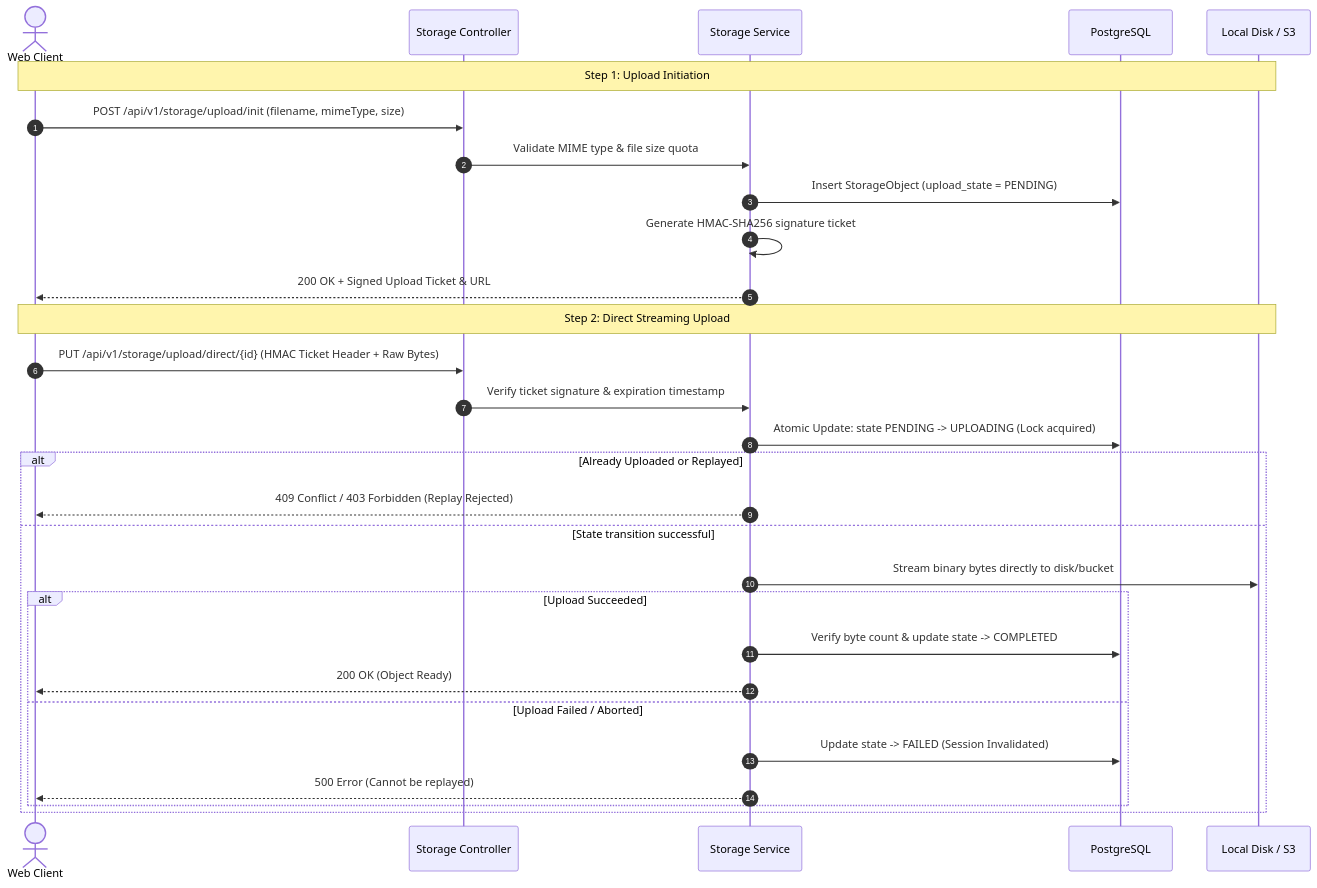
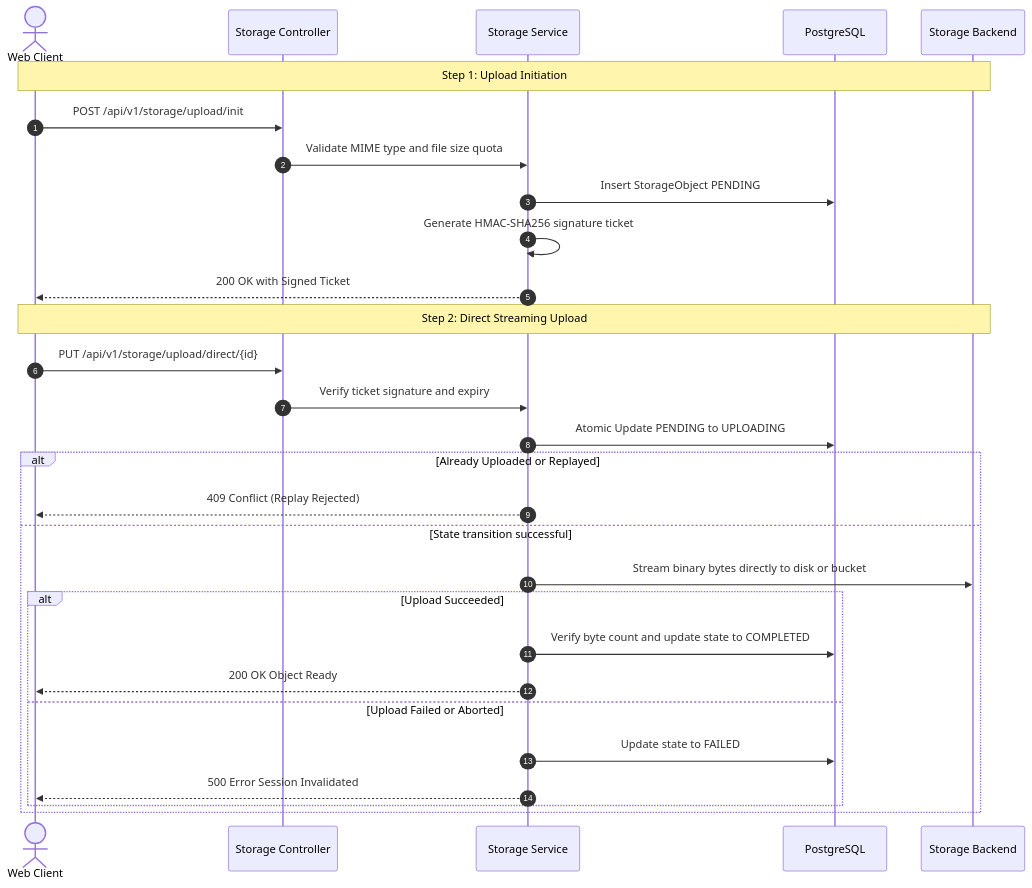
Before and after one commit to saiprakash-nexarats/collabster: the fifth of 8 diagrams in README.md, drawn with Mermaid. The commit also changed other lines of this file, not shown here.

Commit message:
fix(docs): resolve Mermaid syntax parse errors by sanitizing edge and node labels

````diff
--- a/README.md
+++ b/README.md
@@ -420,33 +420,33 @@
 ```mermaid
 sequenceDiagram
     autonumber
     actor Client as Web Client
     participant API as Storage Controller
     participant Svc as Storage Service
     participant DB as PostgreSQL
-    participant Disk as Local Disk / S3
+    participant Disk as Storage Backend
 
     Note over Client,Disk: Step 1: Upload Initiation
-    Client->>API: POST /api/v1/storage/upload/init (filename, mimeType, size)
-    API->>Svc: Validate MIME type & file size quota
-    Svc->>DB: Insert StorageObject (upload_state = PENDING)
+    Client->>API: POST /api/v1/storage/upload/init
+    API->>Svc: Validate MIME type and file size quota
+    Svc->>DB: Insert StorageObject PENDING
     Svc->>Svc: Generate HMAC-SHA256 signature ticket
-    Svc-->>Client: 200 OK + Signed Upload Ticket & URL
+    Svc-->>Client: 200 OK with Signed Ticket
 
     Note over Client,Disk: Step 2: Direct Streaming Upload
-    Client->>API: PUT /api/v1/storage/upload/direct/{id} (HMAC Ticket Header + Raw Bytes)
-    API->>Svc: Verify ticket signature & expiration timestamp
-    Svc->>DB: Atomic Update: state PENDING -> UPLOADING (Lock acquired)
+    Client->>API: PUT /api/v1/storage/upload/direct/{id}
+    API->>Svc: Verify ticket signature and expiry
+    Svc->>DB: Atomic Update PENDING to UPLOADING
     alt Already Uploaded or Replayed
-        Svc-->>Client: 409 Conflict / 403 Forbidden (Replay Rejected)
+        Svc-->>Client: 409 Conflict (Replay Rejected)
     else State transition successful
-        Svc->>Disk: Stream binary bytes directly to disk/bucket
+        Svc->>Disk: Stream binary bytes directly to disk or bucket
         alt Upload Succeeded
-            Svc->>DB: Verify byte count & update state -> COMPLETED
-            Svc-->>Client: 200 OK (Object Ready)
-        else Upload Failed / Aborted
-            Svc->>DB: Update state -> FAILED (Session Invalidated)
-            Svc-->>Client: 500 Error (Cannot be replayed)
+            Svc->>DB: Verify byte count and update state to COMPLETED
+            Svc-->>Client: 200 OK Object Ready
+        else Upload Failed or Aborted
+            Svc->>DB: Update state to FAILED
+            Svc-->>Client: 500 Error Session Invalidated
         end
     end
 ```
````
